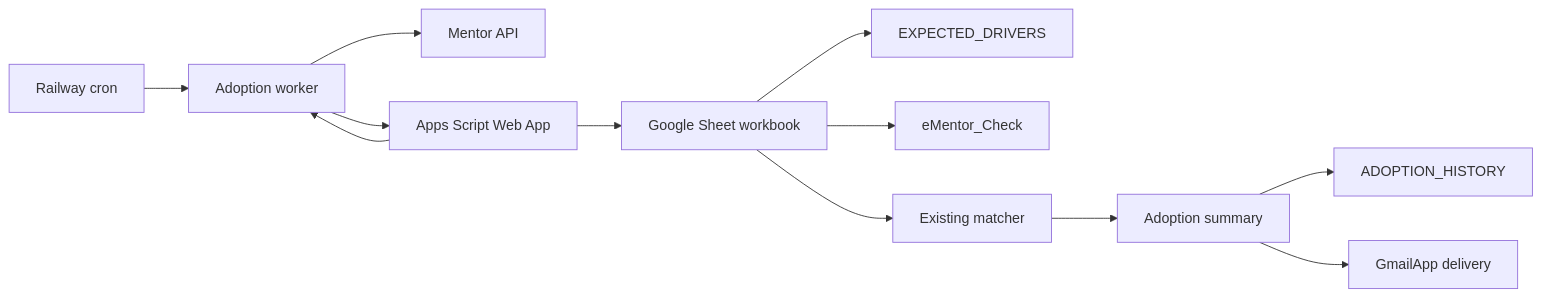
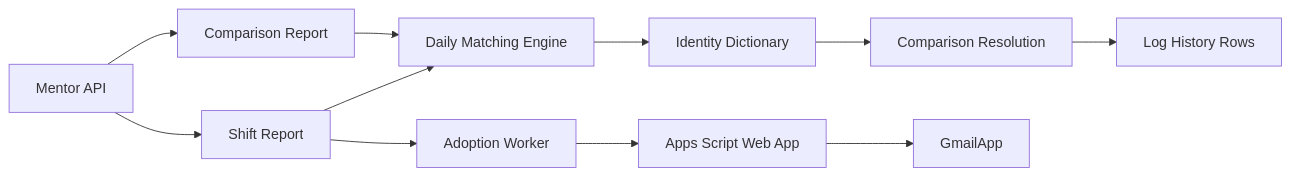
One commit to erenbg1/ementor-daily-adoption-automation changed the diagram in README.md. Above: the diagram before and after it, drawn with Mermaid. The commit also changed other lines of this file and 30 other files, not shown here.

````diff
--- a/README.md
+++ b/README.md
@@ -25,14 +27,13 @@
 ```mermaid
 flowchart LR
-  Cron["Railway cron"] --> Worker["Adoption worker"]
-  Worker --> Mentor["Mentor API"]
-  Worker --> WebApp["Apps Script Web App"]
-  WebApp --> Sheet["Google Sheet workbook"]
-  Sheet --> Expected["EXPECTED_DRIVERS"]
-  Sheet --> Raw["eMentor_Check"]
-  Sheet --> Matcher["Existing matcher"]
-  Matcher --> Summary["Adoption summary"]
-  Summary --> History["ADOPTION_HISTORY"]
-  Summary --> Gmail["GmailApp delivery"]
-  WebApp --> Worker
+  Provider["Mentor API"] --> Shift["Shift Report"]
+  Provider --> Comparison["Comparison Report"]
+  Comparison --> Matcher["Daily Matching Engine"]
+  Shift --> Matcher
+  Matcher --> Dictionary["Identity Dictionary"]
+  Dictionary --> Resolver["Comparison Resolution"]
+  Resolver --> LogHistory["Log History Rows"]
+  Shift --> AdoptionWorker["Adoption Worker"]
+  AdoptionWorker --> AppsScript["Apps Script Web App"]
+  AppsScript --> Gmail["GmailApp"]
 ```
````
